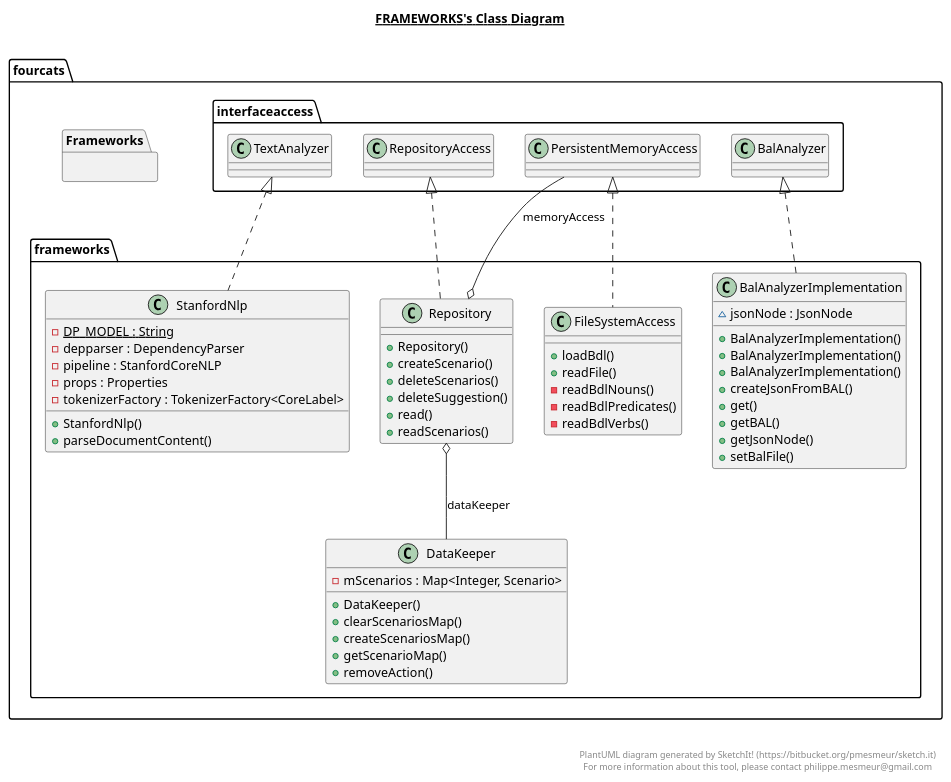
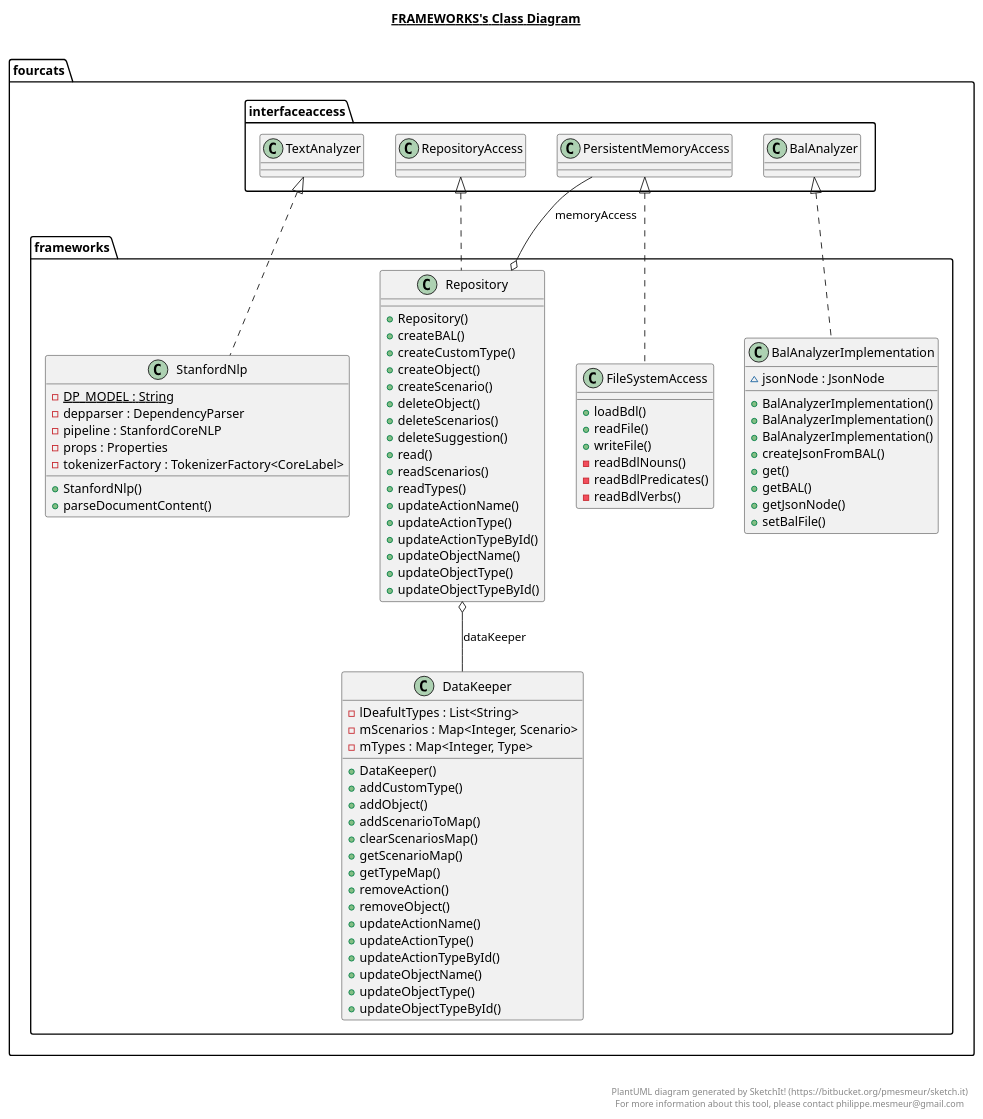
The diagram in NaturalAPI_Design/src/main/java/fourcats/frameworks/Frameworks.plantuml (fourcatsteam/NaturalAPI), drawn with PlantUML before and after one commit. The commit also changed 22 other files, not shown here.

```diff
--- a/NaturalAPI_Design/src/main/java/fourcats/frameworks/Frameworks.plantuml
+++ b/NaturalAPI_Design/src/main/java/fourcats/frameworks/Frameworks.plantuml
@@ -1,93 +1,117 @@
 @startuml
 
 title __FRAMEWORKS's Class Diagram__\n
 
   namespace fourcats {
-    namespace Frameworks {
+    namespace frameworks {
       class fourcats.frameworks.BalAnalyzerImplementation {
           ~ jsonNode : JsonNode
           + BalAnalyzerImplementation()
           + BalAnalyzerImplementation()
           + BalAnalyzerImplementation()
           + createJsonFromBAL()
           + get()
           + getBAL()
           + getJsonNode()
           + setBalFile()
       }
     }
   }
   
 
   namespace fourcats {
-    namespace Frameworks {
+    namespace frameworks {
       class fourcats.frameworks.DataKeeper {
+          - lDeafultTypes : List<String>
           - mScenarios : Map<Integer, Scenario>
+          - mTypes : Map<Integer, Type>
           + DataKeeper()
+          + addCustomType()
+          + addObject()
+          + addScenarioToMap()
           + clearScenariosMap()
-          + createScenariosMap()
           + getScenarioMap()
+          + getTypeMap()
           + removeAction()
+          + removeObject()
+          + updateActionName()
+          + updateActionType()
+          + updateActionTypeById()
+          + updateObjectName()
+          + updateObjectType()
+          + updateObjectTypeById()
       }
     }
   }
   
 
   namespace fourcats {
-    namespace Frameworks {
+    namespace frameworks {
       class fourcats.frameworks.FileSystemAccess {
           + loadBdl()
           + readFile()
+          + writeFile()
           - readBdlNouns()
           - readBdlPredicates()
           - readBdlVerbs()
       }
     }
   }
   
 
   namespace fourcats {
-    namespace Frameworks {
+    namespace frameworks {
       class fourcats.frameworks.Repository {
           + Repository()
+          + createBAL()
+          + createCustomType()
+          + createObject()
           + createScenario()
+          + deleteObject()
           + deleteScenarios()
           + deleteSuggestion()
           + read()
           + readScenarios()
+          + readTypes()
+          + updateActionName()
+          + updateActionType()
+          + updateActionTypeById()
+          + updateObjectName()
+          + updateObjectType()
+          + updateObjectTypeById()
       }
     }
   }
   
 
   namespace fourcats {
-    namespace Frameworks {
+    namespace frameworks {
       class fourcats.frameworks.StanfordNlp {
           {static} - DP_MODEL : String
           - depparser : DependencyParser
           - pipeline : StanfordCoreNLP
           - props : Properties
           - tokenizerFactory : TokenizerFactory<CoreLabel>
           + StanfordNlp()
           + parseDocumentContent()
       }
     }
   }
   
 
   fourcats.frameworks.BalAnalyzerImplementation .up.|> fourcats.interfaceaccess.BalAnalyzer
   fourcats.frameworks.FileSystemAccess .up.|> fourcats.interfaceaccess.PersistentMemoryAccess
   fourcats.frameworks.Repository .up.|> fourcats.interfaceaccess.RepositoryAccess
   fourcats.frameworks.Repository o-- fourcats.frameworks.DataKeeper : dataKeeper
   fourcats.frameworks.Repository o-- fourcats.interfaceaccess.PersistentMemoryAccess : memoryAccess
   fourcats.frameworks.StanfordNlp .up.|> fourcats.interfaceaccess.TextAnalyzer
 
 
 right footer
 
 
 PlantUML diagram generated by SketchIt! (https://bitbucket.org/pmesmeur/sketch.it)
 For more information about this tool, please contact philippe.mesmeur@gmail.com
 endfooter
 
 @enduml
```
